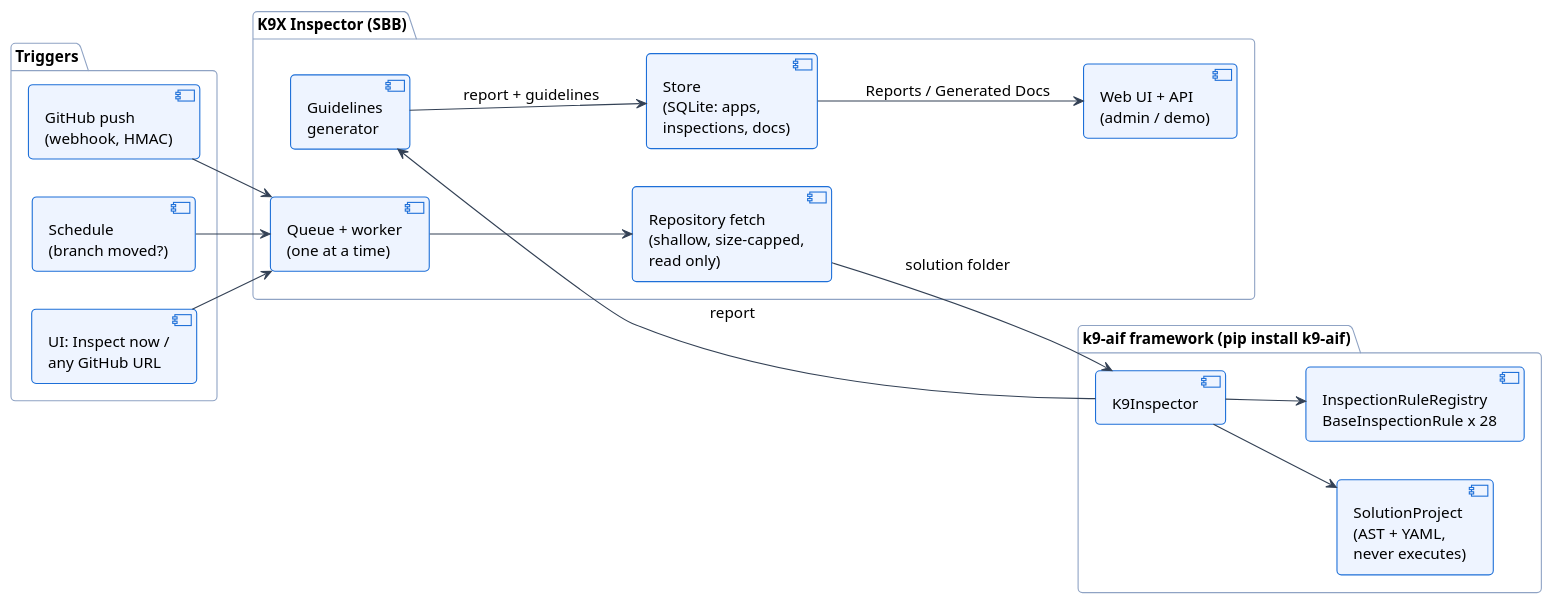
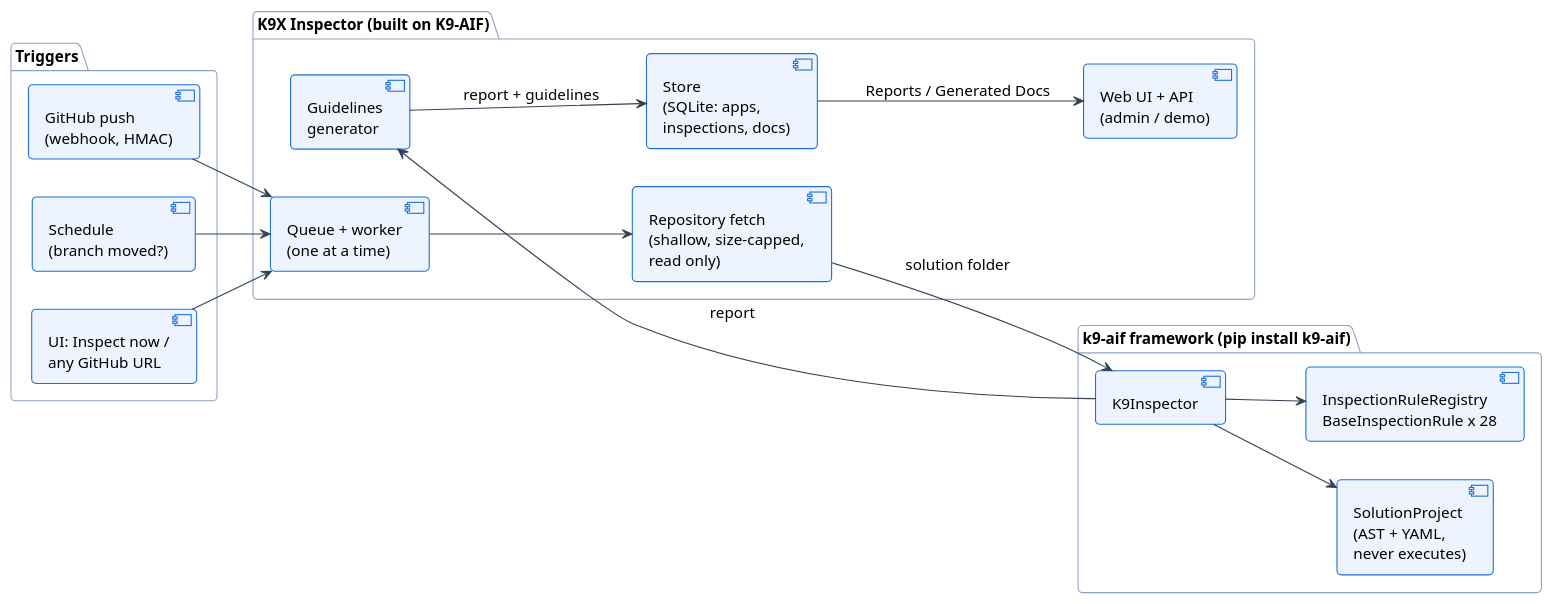
One commit to k9aif/k9x-inspector changed the diagram in diagrams/architecture.puml. Above: the diagram before and after it, drawn with PlantUML. The commit also changed 1 other file, not shown here.

Commit message:
Architecture diagram: 'built on K9-AIF' instead of internal SBB label

```diff
--- a/diagrams/architecture.puml
+++ b/diagrams/architecture.puml
@@ -1,42 +1,42 @@
 @startuml architecture
 !theme plain
 skinparam backgroundColor #FFFFFF
 skinparam defaultFontSize 14
 skinparam componentBackgroundColor #EEF4FF
 skinparam componentBorderColor #1D6FD8
 skinparam packageBorderColor #8FA3C4
 skinparam ArrowColor #334155
 skinparam roundcorner 8
 left to right direction
 
 package "Triggers" {
   [GitHub push\n(webhook, HMAC)] as WH
   [Schedule\n(branch moved?)] as SCH
   [UI: Inspect now /\nany GitHub URL] as UI
 }
 
-package "K9X Inspector (SBB)" {
+package "K9X Inspector (built on K9-AIF)" {
   [Queue + worker\n(one at a time)] as Q
   [Repository fetch\n(shallow, size-capped,\nread only)] as R
   [Guidelines\ngenerator] as G
   [Store\n(SQLite: apps,\ninspections, docs)] as S
   [Web UI + API\n(admin / demo)] as W
 }
 
 package "k9-aif framework (pip install k9-aif)" {
   [K9Inspector] as KI
   [SolutionProject\n(AST + YAML,\nnever executes)] as SP
   [InspectionRuleRegistry\nBaseInspectionRule x 28] as RR
 }
 
 WH --> Q
 SCH --> Q
 UI --> Q
 Q --> R
 R --> KI : solution folder
 KI --> SP
 KI --> RR
 KI --> G : report
 G --> S : report + guidelines
 S --> W : Reports / Generated Docs
 @enduml
```
